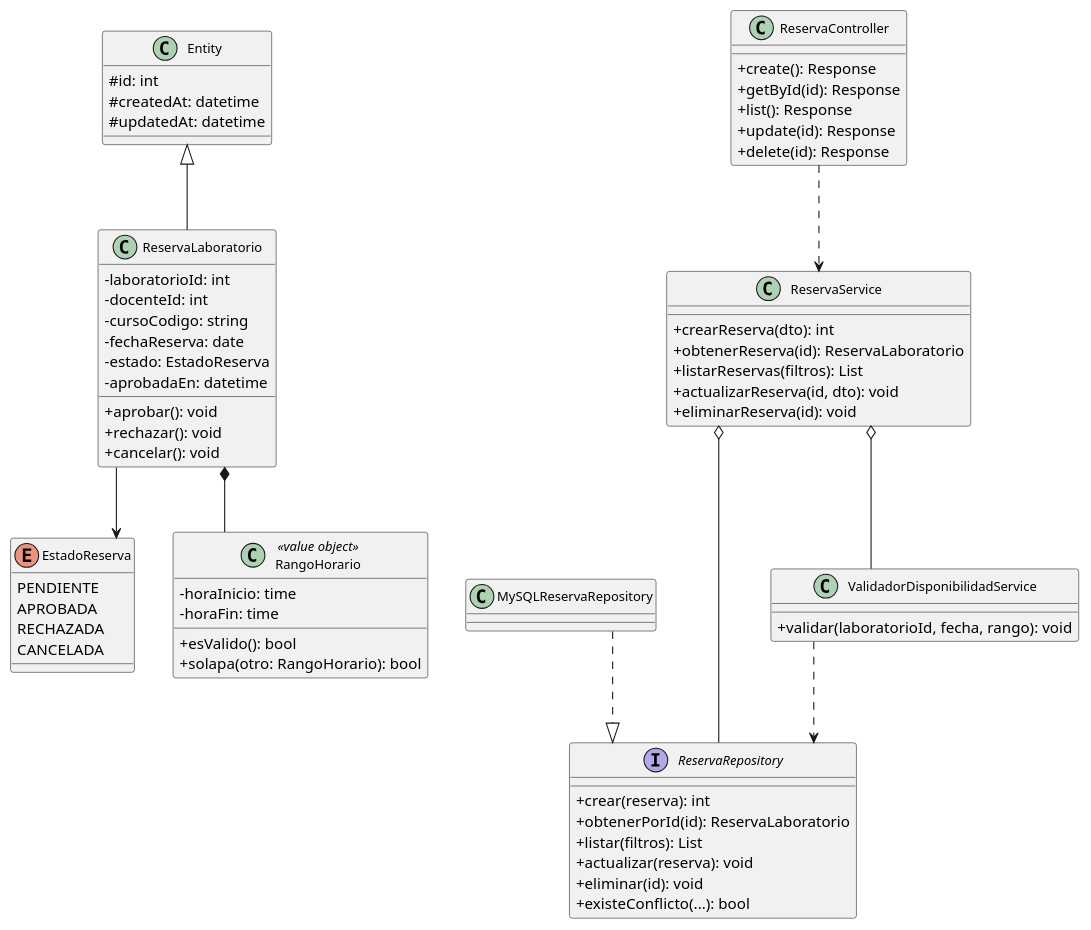
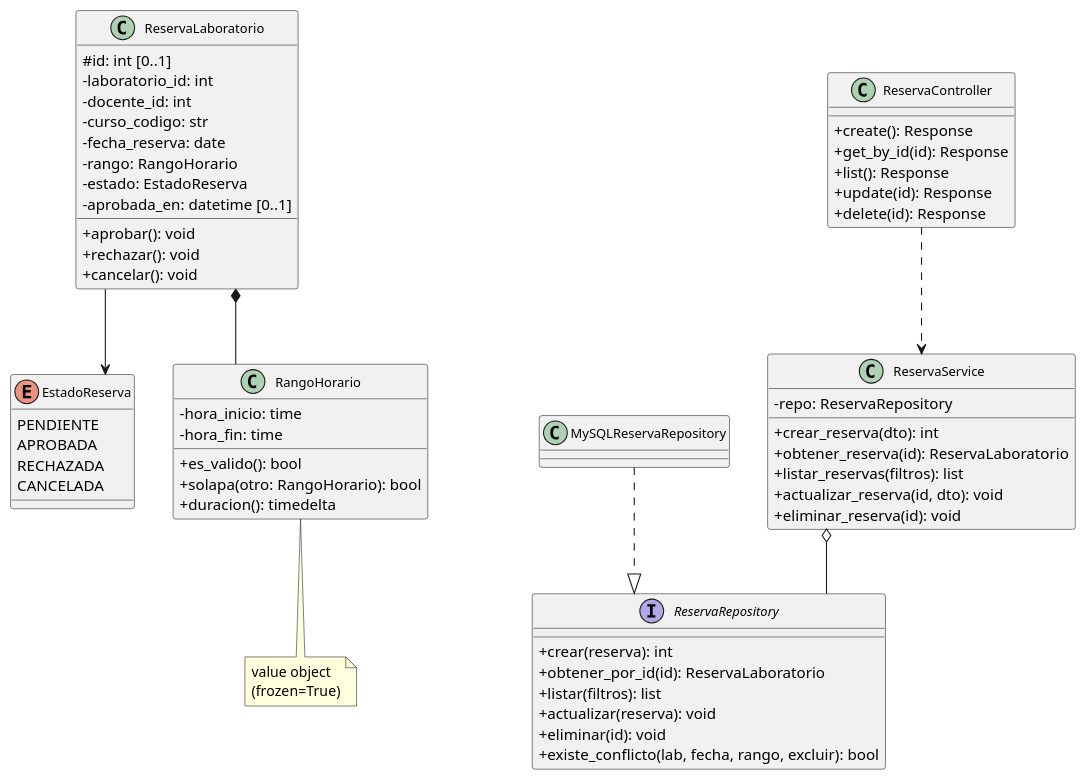
One commit to Eguamanu86/Caso-de-Estudio-POO-con-Flask-y-MySQL changed the first of 3 diagrams in 01-caso-estudio-poo-enunciado-uml.md. Above: the diagram before and after it, drawn with PlantUML. The commit also changed other lines of this file and 4 other files, not shown here.

Commit message:
feat: modelado - add classes and sequence diagrams for reservations

```diff
--- a/01-caso-estudio-poo-enunciado-uml.md
+++ b/01-caso-estudio-poo-enunciado-uml.md
@@ -209,26 +289,24 @@
   CANCELADA
 }
 
-class Entity {
-  # id: int
-  # createdAt: datetime
-  # updatedAt: datetime
+class RangoHorario {
+  - hora_inicio: time
+  - hora_fin: time
+  + es_valido(): bool
+  + solapa(otro: RangoHorario): bool
+  + duracion(): timedelta
 }
-
-class RangoHorario <<value object>> {
-  - horaInicio: time
-  - horaFin: time
-  + esValido(): bool
-  + solapa(otro: RangoHorario): bool
-}
+note bottom of RangoHorario : value object\n(frozen=True)
 
 class ReservaLaboratorio {
-  - laboratorioId: int
-  - docenteId: int
-  - cursoCodigo: string
-  - fechaReserva: date
+  # id: int [0..1]
+  - laboratorio_id: int
+  - docente_id: int
+  - curso_codigo: str
+  - fecha_reserva: date
+  - rango: RangoHorario
   - estado: EstadoReserva
-  - aprobadaEn: datetime
+  - aprobada_en: datetime [0..1]
   + aprobar(): void
   + rechazar(): void
   + cancelar(): void
@@ -236,38 +314,32 @@
 
 interface ReservaRepository {
   + crear(reserva): int
-  + obtenerPorId(id): ReservaLaboratorio
-  + listar(filtros): List
+  + obtener_por_id(id): ReservaLaboratorio
+  + listar(filtros): list
   + actualizar(reserva): void
   + eliminar(id): void
-  + existeConflicto(...): bool
+  + existe_conflicto(lab, fecha, rango, excluir): bool
 }
 
 class MySQLReservaRepository {
 }
 
-class ValidadorDisponibilidadService {
-  + validar(laboratorioId, fecha, rango): void
-}
-
 class ReservaService {
-  + crearReserva(dto): int
-  + obtenerReserva(id): ReservaLaboratorio
-  + listarReservas(filtros): List
-  + actualizarReserva(id, dto): void
-  + eliminarReserva(id): void
+  - repo: ReservaRepository
+  + crear_reserva(dto): int
+  + obtener_reserva(id): ReservaLaboratorio
+  + listar_reservas(filtros): list
+  + actualizar_reserva(id, dto): void
+  + eliminar_reserva(id): void
 }
 
 class ReservaController {
   + create(): Response
-  + getById(id): Response
+  + get_by_id(id): Response
   + list(): Response
   + update(id): Response
   + delete(id): Response
 }
-
-' Herencia
-Entity <|-- ReservaLaboratorio
 
 ' Composicion: RangoHorario no existe sin ReservaLaboratorio
 ReservaLaboratorio *-- RangoHorario
@@ -278,12 +350,8 @@
 ' Implementacion de interfaz
 MySQLReservaRepository ..|> ReservaRepository
 
-' Agregacion: el servicio usa repositorio y validador por inyeccion
+' Agregacion: el servicio recibe el repositorio por inyeccion
 ReservaService o-- ReservaRepository
-ReservaService o-- ValidadorDisponibilidadService
-
-' Dependencia: el validador consulta el repositorio
-ValidadorDisponibilidadService ..> ReservaRepository
 
 ' Dependencia: el controlador delega en el servicio
 ReservaController ..> ReservaService
```
